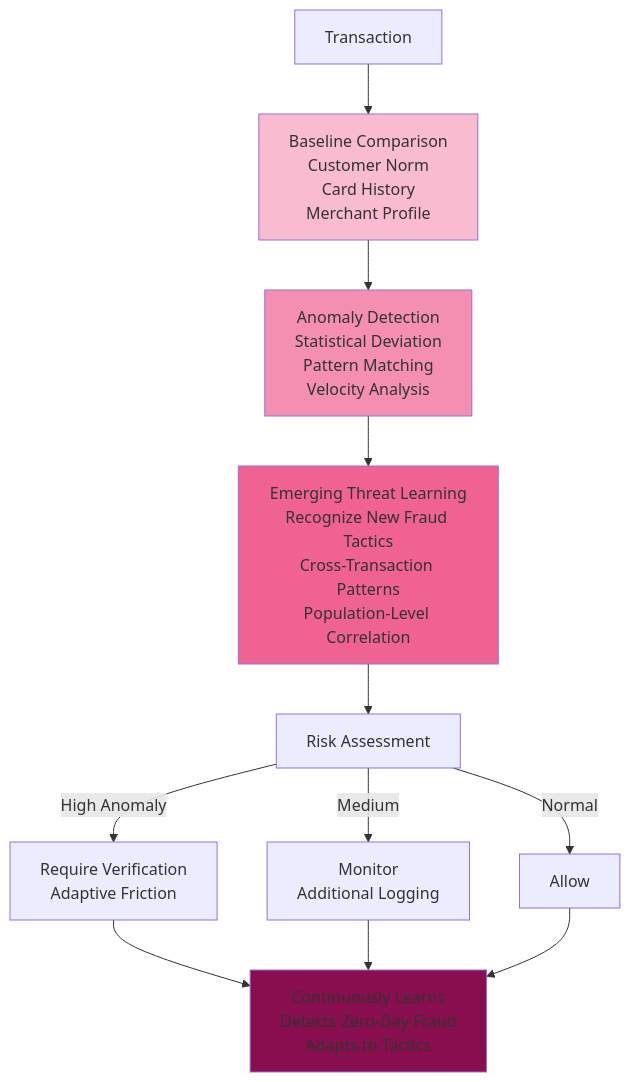
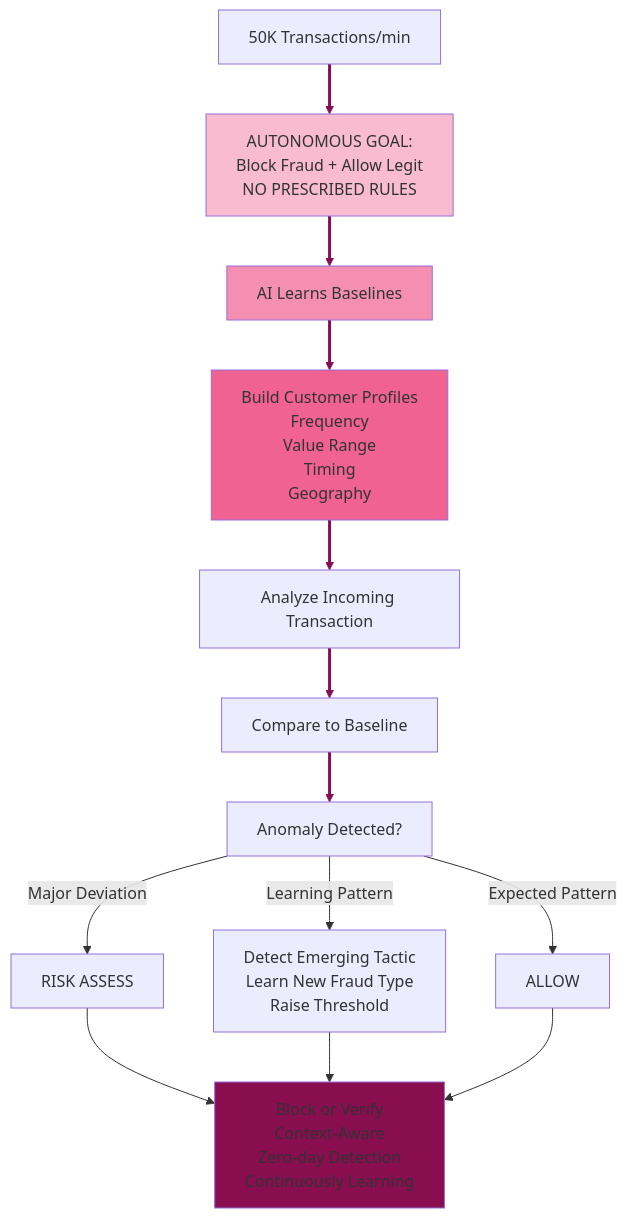
One commit to whatevergeek/agentic_vs_deterministic changed diagram 15 of 18 in debate_shortlisted_topics_slide_prep.md. Above: the diagram before and after it, drawn with Mermaid. The commit also changed other lines of this file, not shown here.

````diff
--- a/debate_shortlisted_topics_slide_prep.md
+++ b/debate_shortlisted_topics_slide_prep.md
@@ -613,18 +652,22 @@
 ```mermaid
 graph TD
-    A["Transaction"] --> B["Baseline Comparison<br/>Customer Norm<br/>Card History<br/>Merchant Profile"]
-    B --> C["Anomaly Detection<br/>Statistical Deviation<br/>Pattern Matching<br/>Velocity Analysis"]
-    C --> D["Emerging Threat Learning<br/>Recognize New Fraud Tactics<br/>Cross-Transaction Patterns<br/>Population-Level Correlation"]
-    D --> E["Risk Assessment"]
-    E -->|"High Anomaly"| F["Require Verification<br/>Adaptive Friction"]
-    E -->|"Medium"| G["Monitor<br/>Additional Logging"]
-    E -->|"Normal"| H["Allow"]
-    F --> I["Continuously Learns<br/>Detects Zero-Day Fraud<br/>Adapts to Tactics"]
-    G --> I
-    H --> I
+    A["50K Transactions/min"] --> B["AUTONOMOUS GOAL:<br/>Block Fraud + Allow Legit<br/>NO PRESCRIBED RULES"]
+    B --> C["AI Learns Baselines"]
+    C --> D["Build Customer Profiles<br/>Frequency<br/>Value Range<br/>Timing<br/>Geography"]
+    D --> E["Analyze Incoming Transaction"]
+    E --> F["Compare to Baseline"]
+    F --> G["Anomaly Detected?"]
+    G -->|"Major Deviation"| H["RISK ASSESS"]
+    G -->|"Learning Pattern"| I["Detect Emerging Tactic<br/>Learn New Fraud Type<br/>Raise Threshold"]
+    G -->|"Expected Pattern"| J["ALLOW"]
+    H --> K["Block or Verify<br/>Context-Aware<br/>Zero-day Detection<br/>Continuously Learning"]
+    I --> K
+    J --> K
     
     style B fill:#f8bbd0
     style C fill:#f48fb1
     style D fill:#f06292
-    style I fill:#880e4f
+    style K fill:#880e4f
+    
+    linkStyle 0,1,2,3,4,5 stroke:#880e4f,stroke-width:3px
 ```
````
